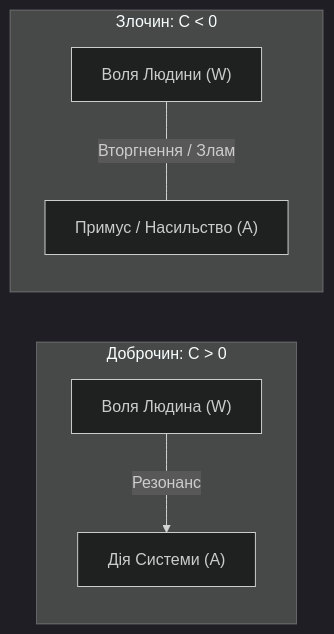
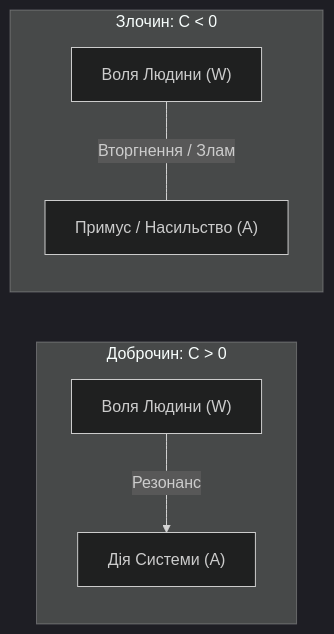
Before and after one commit to yaro-rasta/myt: the second of 3 diagrams in uk/09-will-formula.md, drawn with Mermaid (dark theme). The commit also changed other lines of this file and 4 other files, not shown here.

````diff
--- a/uk/09-will-formula.md
+++ b/uk/09-will-formula.md
@@ -92,9 +102,9 @@
 ```mermaid
 graph LR
     subgraph Dobrochyn ["Доброчин: C > 0"]
-        W1["Воля Людина (W)"] -->|Резонанс| A1["Дія Системи (A)"]
+        W1["Воля Людини (W)"] -->|Резонанс| A1["Дія Системи (A)"]
     end
     subgraph Zlochyn ["Злочин: C < 0"]
         W2["Воля Людини (W)"] ---|Вторгнення / Злам| A2["Примус / Насильство (A)"]
     end
 ```
````
